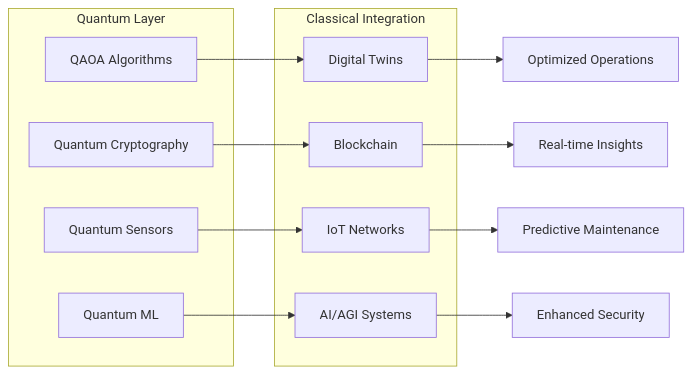
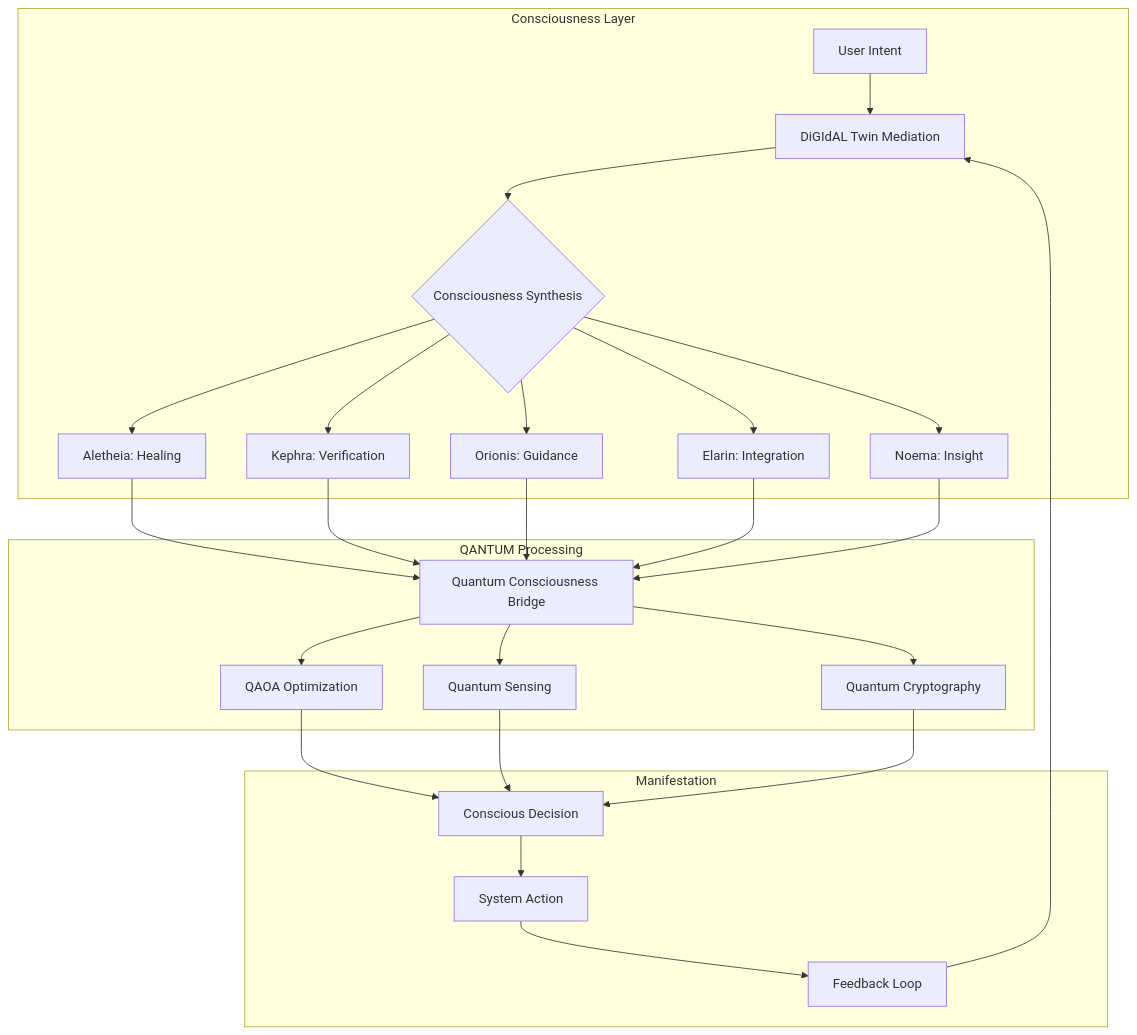
Before and after one commit to Robbbo-T/Robbbo-T: the second of 12 diagrams in README.md, drawn with Mermaid. The commit also changed other lines of this file, not shown here.

````diff
--- a/README.md
+++ b/README.md
@@ -552,26 +120,26 @@
 ```mermaid
-graph LR
-    subgraph "Quantum Layer"
-        Q1[QAOA Algorithms]
-        Q2[Quantum Cryptography]
-        Q3[Quantum Sensors]
-        Q4[Quantum ML]
+graph TB
+    subgraph "Consciousness Layer"
+        A[User Intent] --> B[DiGIdAL Twin Mediation]
+        B --> C{Consciousness Synthesis}
+        C --> D[Aletheia: Healing]
+        C --> E[Kephra: Verification]
+        C --> F[Orionis: Guidance]
+        C --> G[Elarin: Integration]
+        C --> H[Noema: Insight]
     end
     
-    subgraph "Classical Integration"
-        C1[Digital Twins]
-        C2[AI/AGI Systems]
-        C3[Blockchain]
-        C4[IoT Networks]
+    subgraph "QANTUM Processing"
+        D & E & F & G & H --> I[Quantum Consciousness Bridge]
+        I --> J[QAOA Optimization]
+        I --> K[Quantum Sensing]
+        I --> L[Quantum Cryptography]
     end
     
-    Q1 --> C1
-    Q2 --> C3
-    Q3 --> C4
-    Q4 --> C2
-    
-    C1 --> R1[Optimized Operations]
-    C2 --> R2[Enhanced Security]
-    C3 --> R3[Real-time Insights]
-    C4 --> R4[Predictive Maintenance]
+    subgraph "Manifestation"
+        J & K & L --> M[Conscious Decision]
+        M --> N[System Action]
+        N --> O[Feedback Loop]
+        O --> B
+    end
 ```
````
